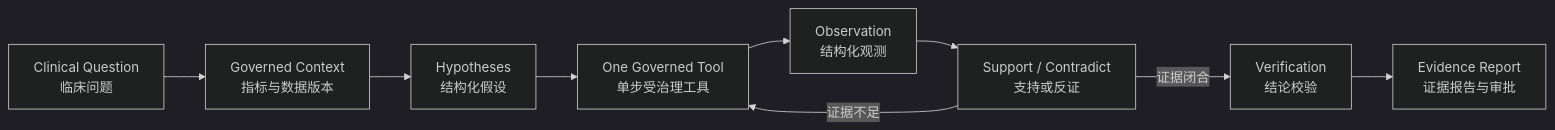
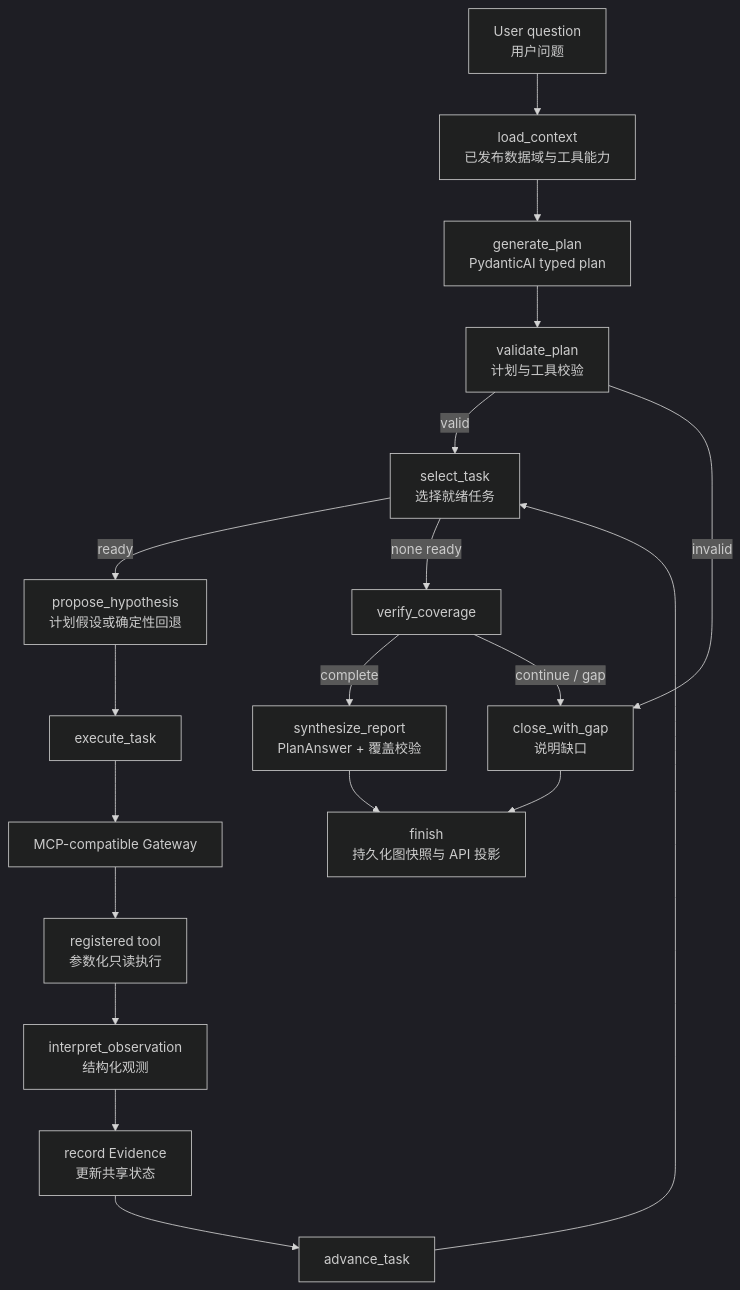
One commit to hzz-0005/clinical-graphflow changed the first of 2 diagrams in README.md. Above: the diagram before and after it, drawn with Mermaid (dark theme). The commit also changed other lines of this file and 1 other file, not shown here.

Commit message:
docs: clarify investigation workflow architecture

````diff
--- a/README.md
+++ b/README.md
@@ -29,11 +29,21 @@
 ```mermaid
-flowchart LR
-    Q[Clinical Question<br/>临床问题] --> C[Governed Context<br/>指标与数据版本]
-    C --> H[Hypotheses<br/>结构化假设]
-    H --> T[One Governed Tool<br/>单步受治理工具]
-    T --> O[Observation<br/>结构化观测]
-    O --> E[Support / Contradict<br/>支持或反证]
-    E -->|证据不足| T
-    E -->|证据闭合| V[Verification<br/>结论校验]
-    V --> R[Evidence Report<br/>证据报告与审批]
+flowchart TB
+    Q[User question<br/>用户问题] --> C[load_context<br/>已发布数据域与工具能力]
+    C --> P[generate_plan<br/>PydanticAI typed plan]
+    P --> V[validate_plan<br/>计划与工具校验]
+    V -->|valid| S[select_task<br/>选择就绪任务]
+    V -->|invalid| G[close_with_gap<br/>说明缺口]
+    S -->|ready| H[propose_hypothesis<br/>计划假设或确定性回退]
+    H --> X[execute_task]
+    X --> M[MCP-compatible Gateway]
+    M --> T[registered tool<br/>参数化只读执行]
+    T --> O[interpret_observation<br/>结构化观测]
+    O --> E[record Evidence<br/>更新共享状态]
+    E --> A[advance_task]
+    A --> S
+    S -->|none ready| K[verify_coverage]
+    K -->|complete| R[synthesize_report<br/>PlanAnswer + 覆盖校验]
+    K -->|continue / gap| G
+    R --> F[finish<br/>持久化图快照与 API 投影]
+    G --> F
 ```
````
